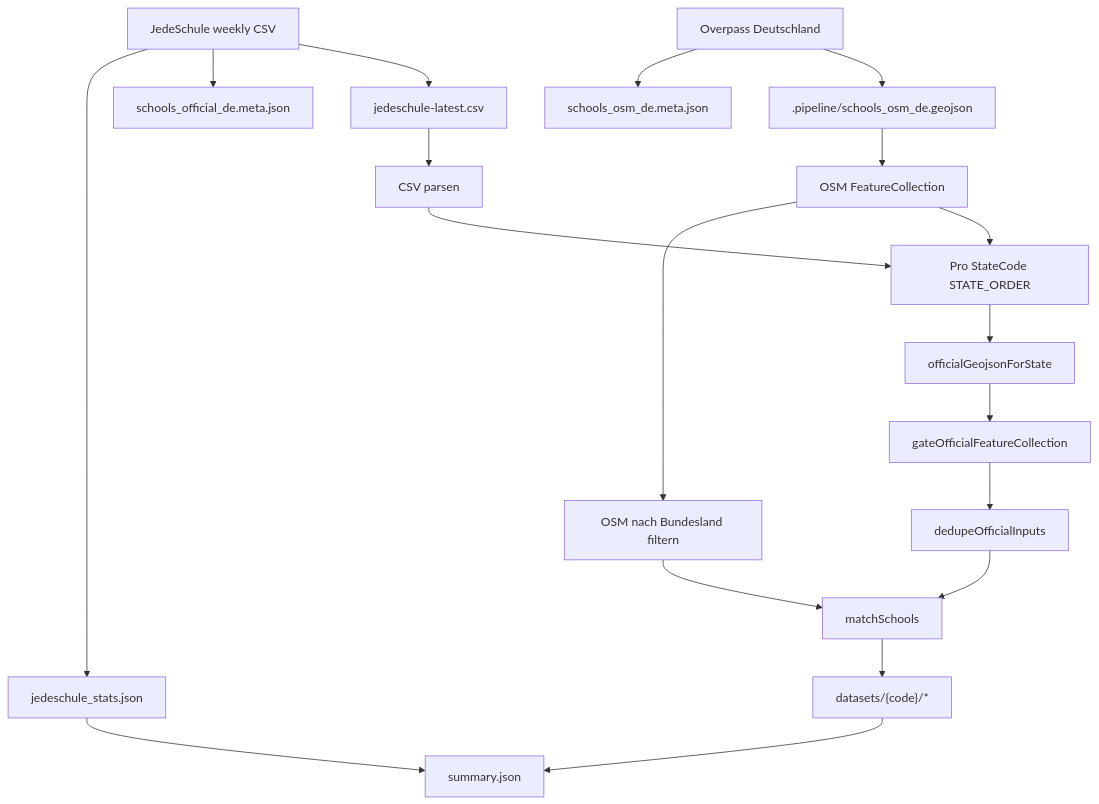
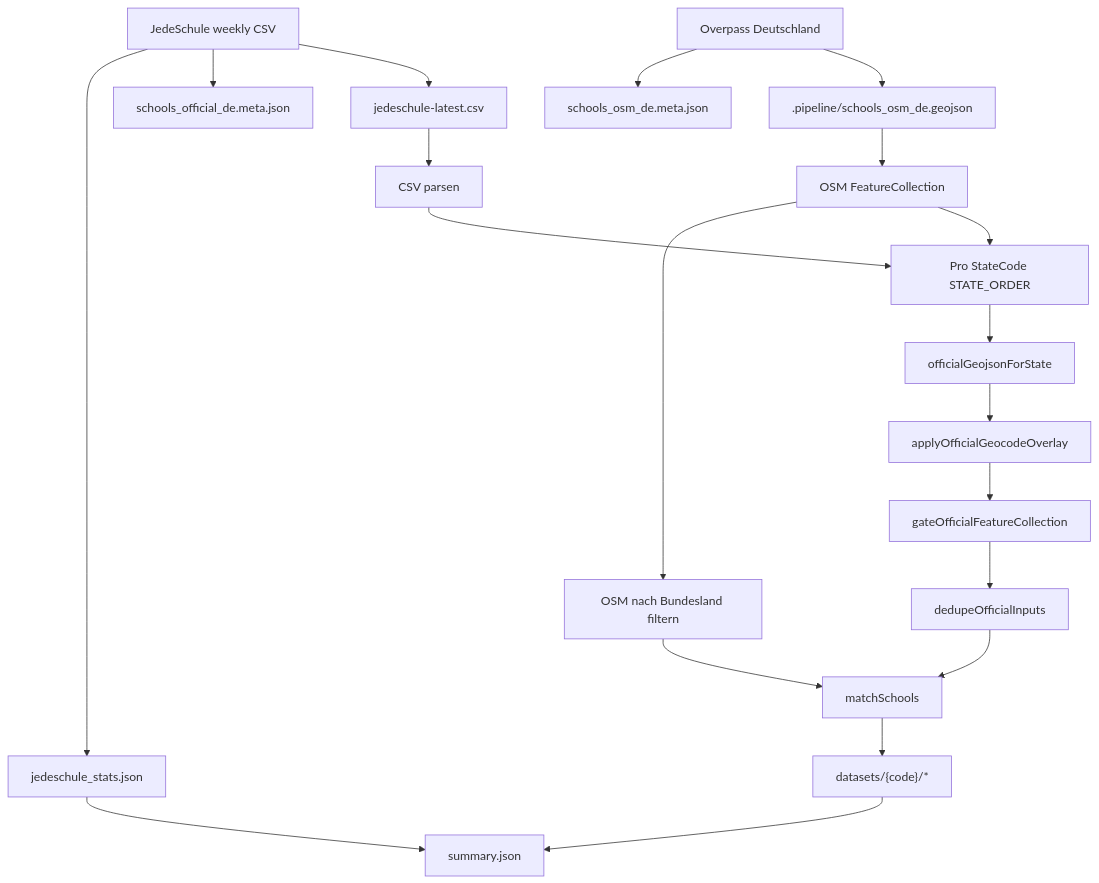
The diagram in docs/pipeline.md (osmberlin/osm-schul-abgleich), drawn with Mermaid before and after one commit. The commit also changed other lines of this file and 33 other files, not shown here.

````diff
--- a/docs/pipeline.md
+++ b/docs/pipeline.md
@@ -9,23 +11,24 @@
 ```mermaid
 flowchart TB
   jFetch[JedeSchule weekly CSV]
   oFetch[Overpass Deutschland]
   jFetch --> csvFile[jedeschule-latest.csv]
   jFetch --> metaOfficial[schools_official_de.meta.json]
   jFetch --> statsJson[jedeschule_stats.json]
   oFetch --> osmPipeline[".pipeline/schools_osm_de.geojson"]
   oFetch --> metaOsm[schools_osm_de.meta.json]
   csvFile --> parse[CSV parsen]
   parse --> perState[Pro StateCode STATE_ORDER]
   osmPipeline --> osmFc[OSM FeatureCollection]
   osmFc --> perState
   perState --> sliceOfficial[officialGeojsonForState]
-  sliceOfficial --> gate[gateOfficialFeatureCollection]
+  sliceOfficial --> overlay[applyOfficialGeocodeOverlay]
+  overlay --> gate[gateOfficialFeatureCollection]
   gate --> dedupe[dedupeOfficialInputs]
   osmFc --> sliceOsm[OSM nach Bundesland filtern]
   dedupe --> matchStep[matchSchools]
   sliceOsm --> matchStep
   matchStep --> writeLand["datasets/{code}/*"]
   writeLand --> summaryOut[summary.json]
   statsJson --> summaryOut
 ```
````
